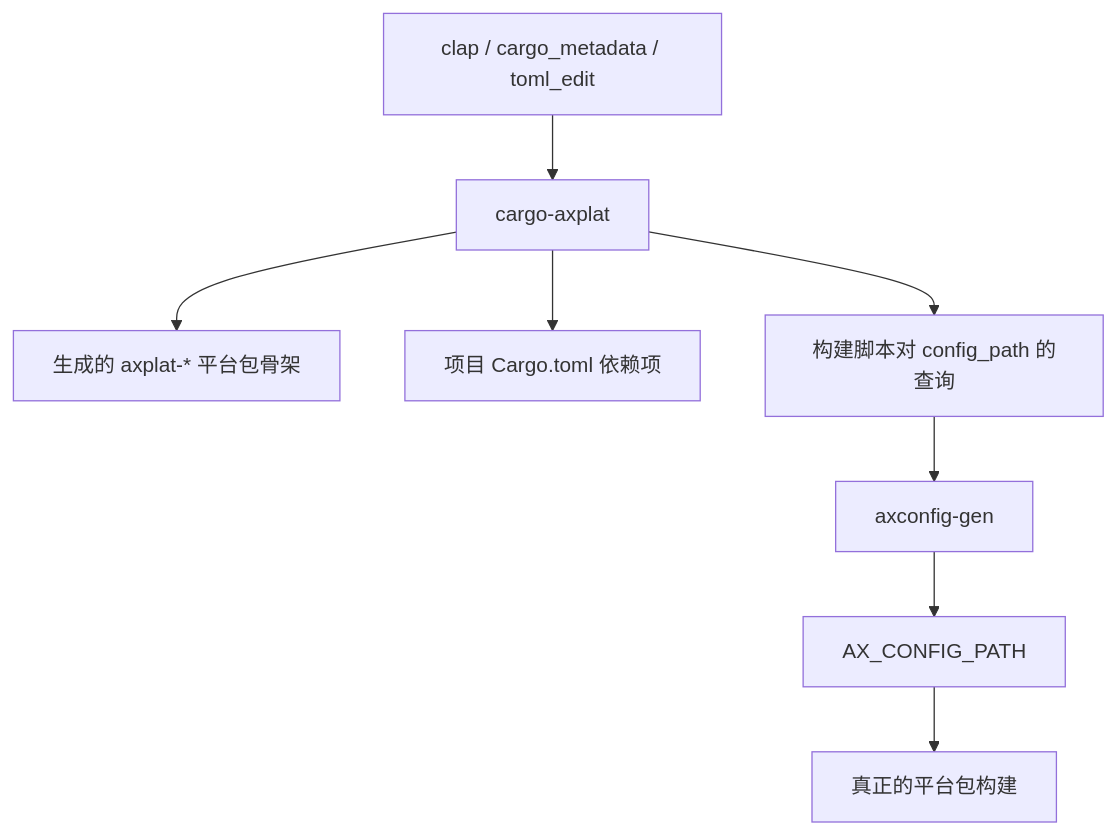
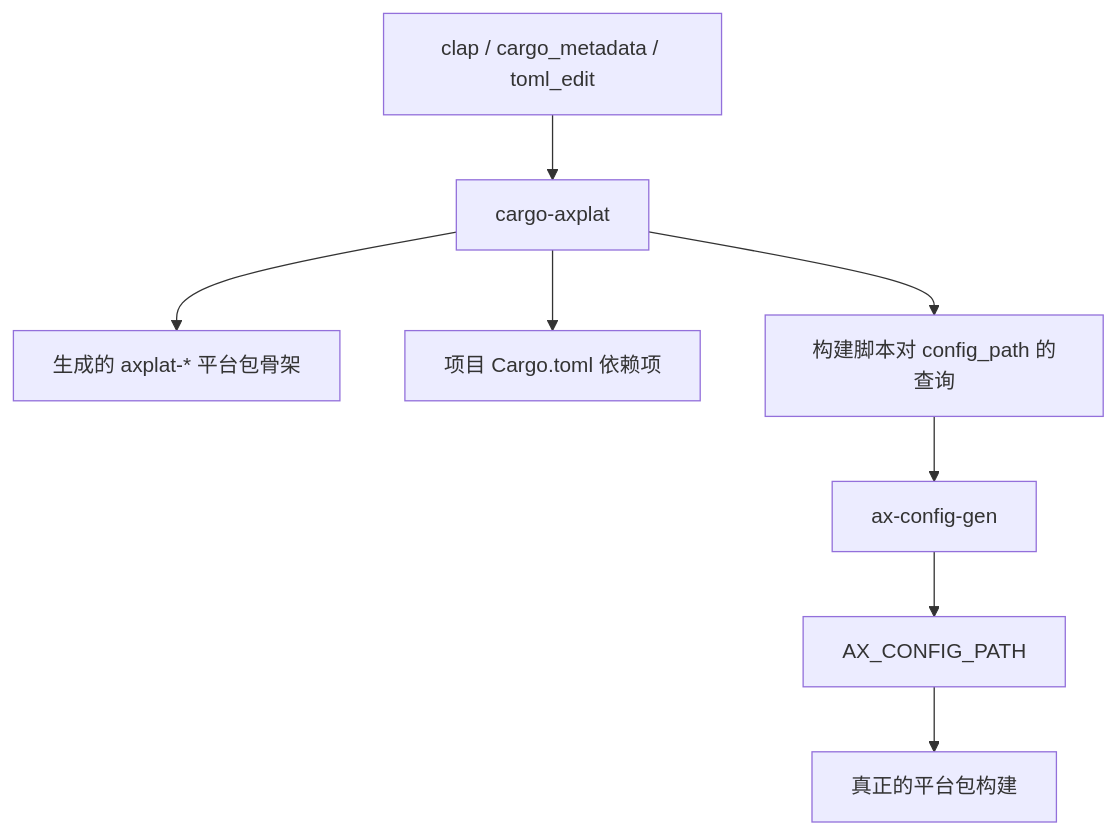
The second of 2 diagrams in docs/crates/cargo-axplat.md (zKurisu/tgoskits), drawn with Mermaid before and after one commit. The commit also changed other lines of this file and 47 other files, not shown here.

Commit message:
rename axconfig-gen to ax-config-gen

````diff
--- a/docs/crates/cargo-axplat.md
+++ b/docs/crates/cargo-axplat.md
@@ -207,10 +207,10 @@
 ```mermaid
 graph TD
     A[clap / cargo_metadata / toml_edit] --> B[cargo-axplat]
     B --> C[生成的 axplat-* 平台包骨架]
     B --> D[项目 Cargo.toml 依赖项]
     B --> E[构建脚本对 config_path 的查询]
-    E --> F[axconfig-gen]
+    E --> F[ax-config-gen]
     F --> G[AX_CONFIG_PATH]
     G --> H[真正的平台包构建]
 ```
````
